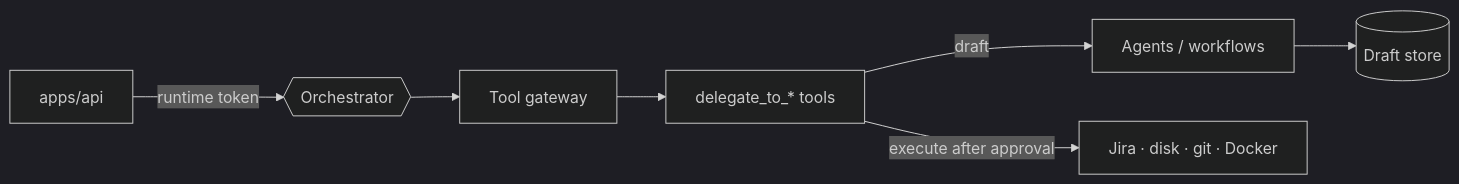
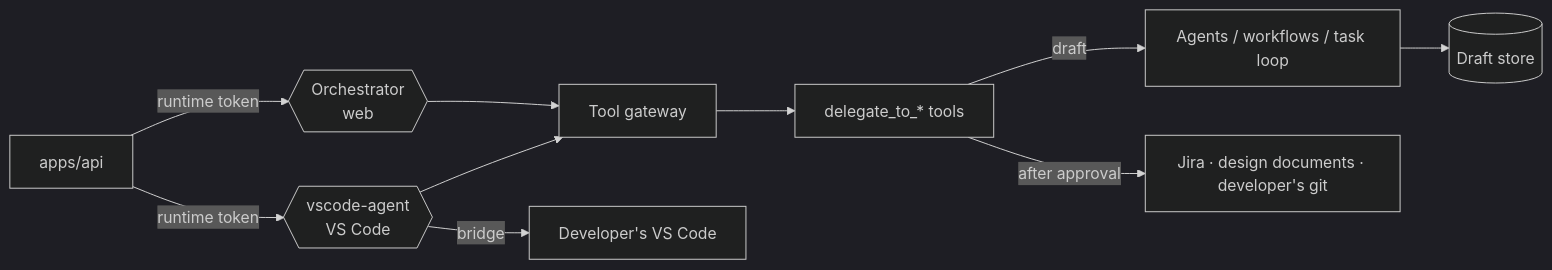
Before and after one commit to HasithaErandika/aura: the diagram in apps/agent-runtime/README.md, drawn with Mermaid (dark theme). The commit also changed other lines of this file and 41 other files, not shown here.

First line of the commit message:
docs: describe the VS Code workflow, mark completed plans, rewrite the roadmap

````diff
--- a/apps/agent-runtime/README.md
+++ b/apps/agent-runtime/README.md
@@ -6,8 +6,11 @@
 ```mermaid
 flowchart LR
-    API["apps/api"] -->|"runtime token"| ORCH{{"Orchestrator"}}
+    API["apps/api"] -->|"runtime token"| ORCH{{"Orchestrator<br/>web"}}
+    API -->|"runtime token"| VSA{{"vscode-agent<br/>VS Code"}}
     ORCH --> GW["Tool gateway"]
+    VSA --> GW
     GW --> DT["delegate_to_* tools"]
-    DT -->|"draft"| AG["Agents / workflows"] --> DS[("Draft store")]
-    DT -->|"execute after approval"| OUT["Jira · disk · git · Docker"]
+    DT -->|"draft"| AG["Agents / workflows / task loop"] --> DS[("Draft store")]
+    DT -->|"after approval"| OUT["Jira · design documents · developer's git"]
+    VSA -->|"bridge"| X["Developer's VS Code"]
 ```
````
